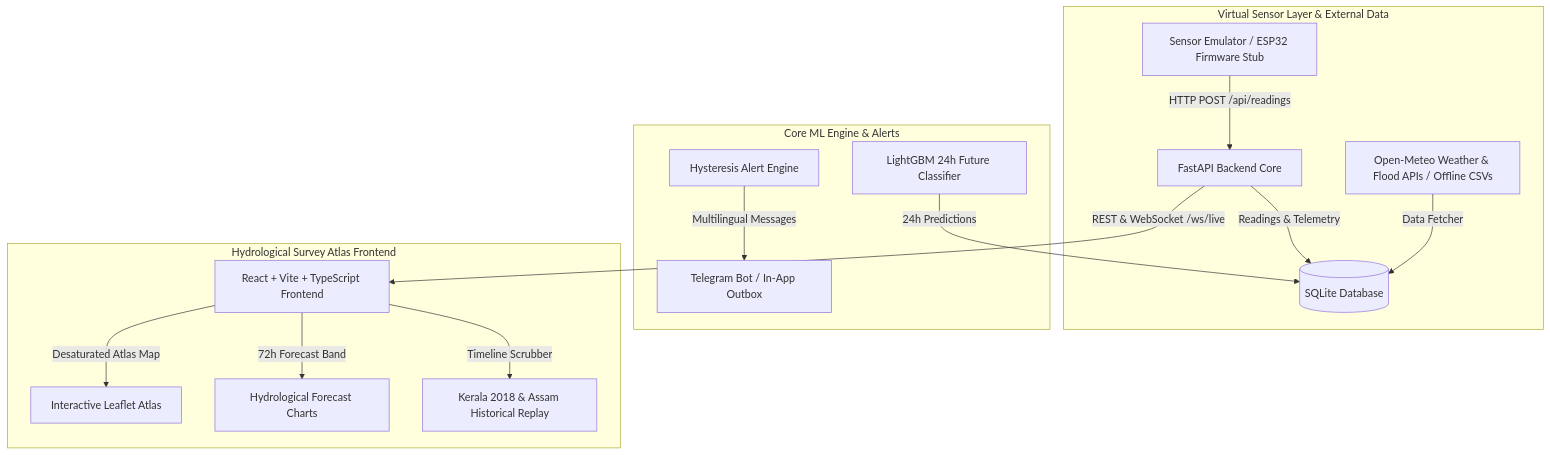
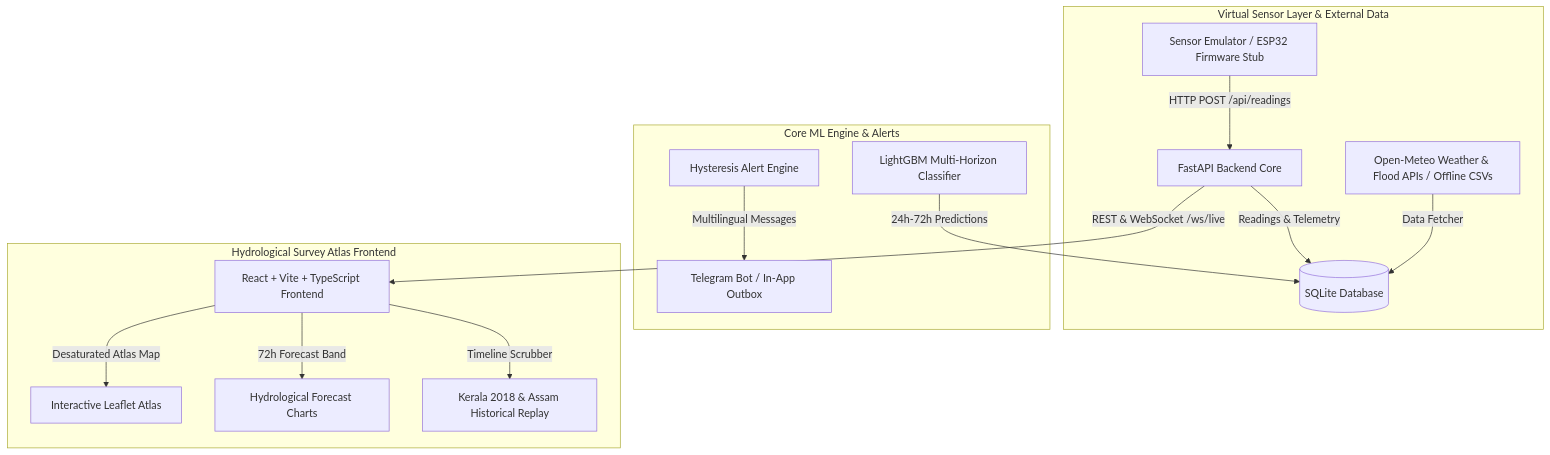
One commit to Vinayak-123-jpj/FloodSense changed the diagram in README.md. Above: the diagram before and after it, drawn with Mermaid. The commit also changed other lines of this file and 26 other files, not shown here.

````diff
--- a/README.md
+++ b/README.md
@@ -17,20 +17,20 @@
 ```mermaid
 graph TD
     subgraph Virtual Sensor Layer & External Data
         VS[Sensor Emulator / ESP32 Firmware Stub] -->|HTTP POST /api/readings| API[FastAPI Backend Core]
         OM[Open-Meteo Weather & Flood APIs / Offline CSVs] -->|Data Fetcher| DB[(SQLite Database)]
     end
 
     subgraph Core ML Engine & Alerts
         API -->|Readings & Telemetry| DB
-        ML[LightGBM 24h Future Classifier] -->|24h Predictions| DB
+        ML[LightGBM Multi-Horizon Classifier] -->|24h-72h Predictions| DB
         HYST[Hysteresis Alert Engine] -->|Multilingual Messages| BOT[Telegram Bot / In-App Outbox]
     end
 
     subgraph Hydrological Survey Atlas Frontend
         API -->|REST & WebSocket /ws/live| FE[React + Vite + TypeScript Frontend]
         FE -->|Desaturated Atlas Map| MAP[Interactive Leaflet Atlas]
         FE -->|72h Forecast Band| CHARTS[Hydrological Forecast Charts]
         FE -->|Timeline Scrubber| REPLAY[Kerala 2018 & Assam Historical Replay]
     end
 ```
````
